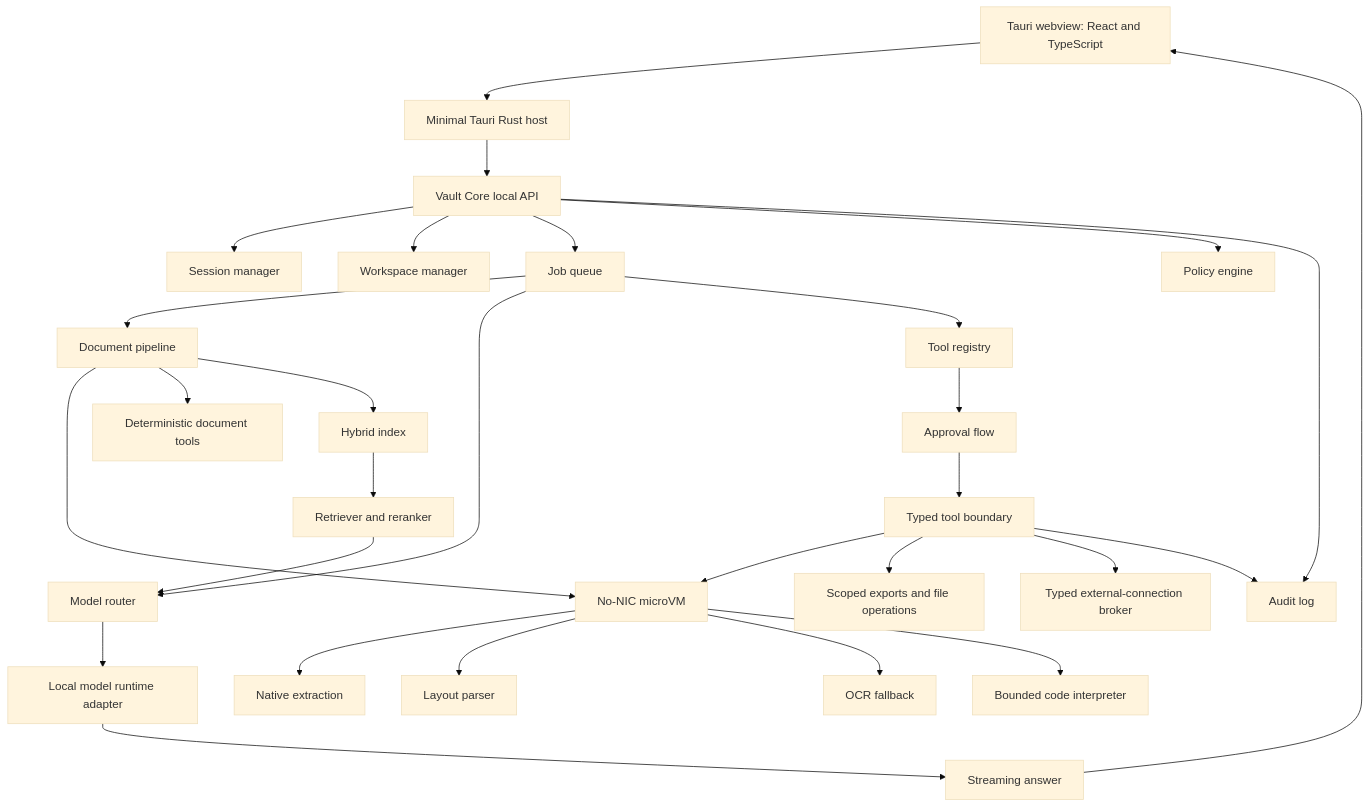
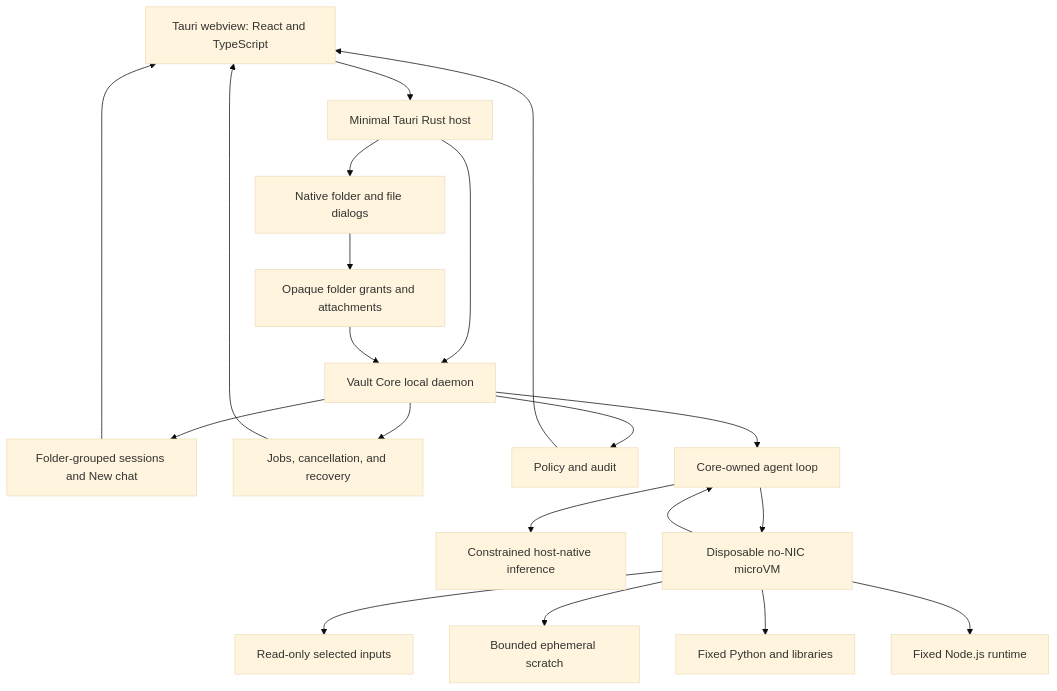
The diagram in docs/diagrams/desktop-architecture.md (alex-alecu/vault-desk), drawn with Mermaid (base theme) before and after one commit. The commit also changed other lines of this file and 96 other files, not shown here.

````diff
--- a/docs/diagrams/desktop-architecture.md
+++ b/docs/diagrams/desktop-architecture.md
@@ -5,36 +5,25 @@
 ```mermaid
 flowchart TD
     UI["Tauri webview: React and TypeScript"] --> Host["Minimal Tauri Rust host"]
-    Host --> API["Vault Core local API"]
-    API --> Session["Session manager"]
-    API --> Workspace["Workspace manager"]
-    API --> Jobs["Job queue"]
-    API --> Policy["Policy engine"]
-    API --> Audit["Audit log"]
+    Host --> Core["Vault Core local daemon"]
+    Host --> Dialogs["Native folder and file dialogs"]
+    Dialogs --> Grants["Opaque folder grants and attachments"]
+    Grants --> Core
 
-    Jobs --> Docs["Document pipeline"]
-    Jobs --> Router["Model router"]
-    Jobs --> Tools["Tool registry"]
+    Core --> Sessions["Folder-grouped sessions and New chat"]
+    Core --> Jobs["Jobs, cancellation, and recovery"]
+    Core --> Policy["Policy and audit"]
+    Core --> Agent["Core-owned agent loop"]
 
-    Docs --> MicroVM["No-NIC microVM"]
-    MicroVM --> Extract["Native extraction"]
-    MicroVM --> Layout["Layout parser"]
-    MicroVM --> OCR["OCR fallback"]
-    MicroVM --> Code["Bounded code interpreter"]
-    Docs --> Deterministic["Deterministic document tools"]
-    Docs --> Index["Hybrid index"]
+    Agent --> Inference["Constrained host-native inference"]
+    Agent --> VM["Disposable no-NIC microVM"]
+    VM --> Inputs["Read-only selected inputs"]
+    VM --> Scratch["Bounded ephemeral scratch"]
+    VM --> Python["Fixed Python and libraries"]
+    VM --> Node["Fixed Node.js runtime"]
+    VM --> Agent
 
-    Index --> Retrieval["Retriever and reranker"]
-    Retrieval --> Router
-
-    Router --> Runtime["Local model runtime adapter"]
-    Runtime --> Stream["Streaming answer"]
-    Stream --> UI
-
-    Tools --> Approval["Approval flow"]
-    Approval --> Sandbox["Typed tool boundary"]
-    Sandbox --> MicroVM
-    Sandbox --> Export["Scoped exports and file operations"]
-    Sandbox --> NetworkBroker["Typed external-connection broker"]
-    Sandbox --> Audit
+    Sessions --> UI
+    Jobs --> UI
+    Policy --> UI
 ```
````
